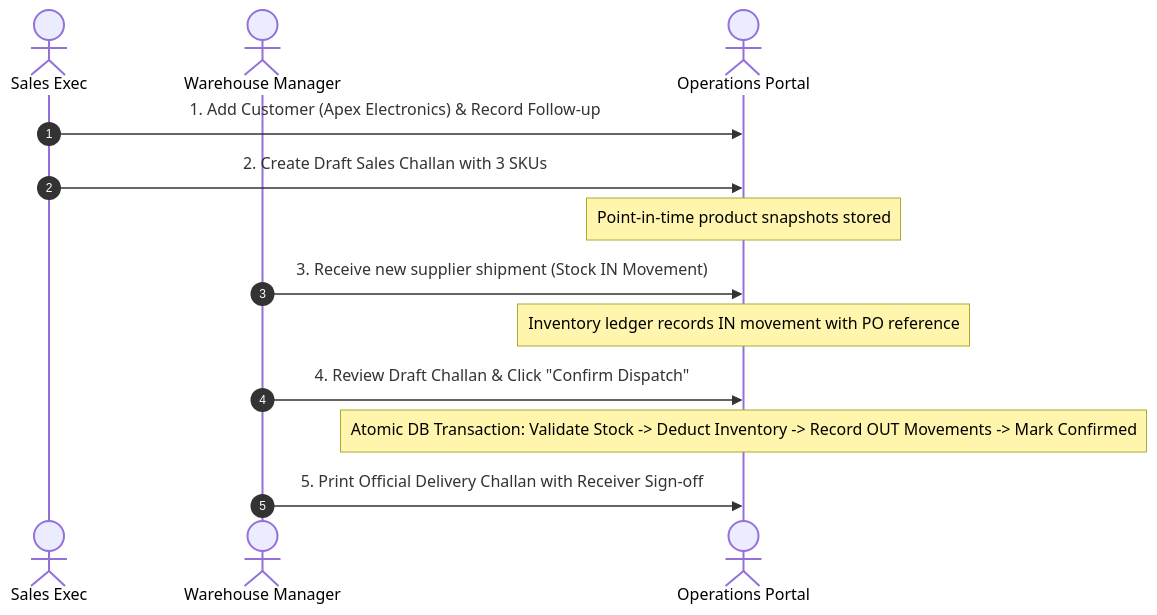
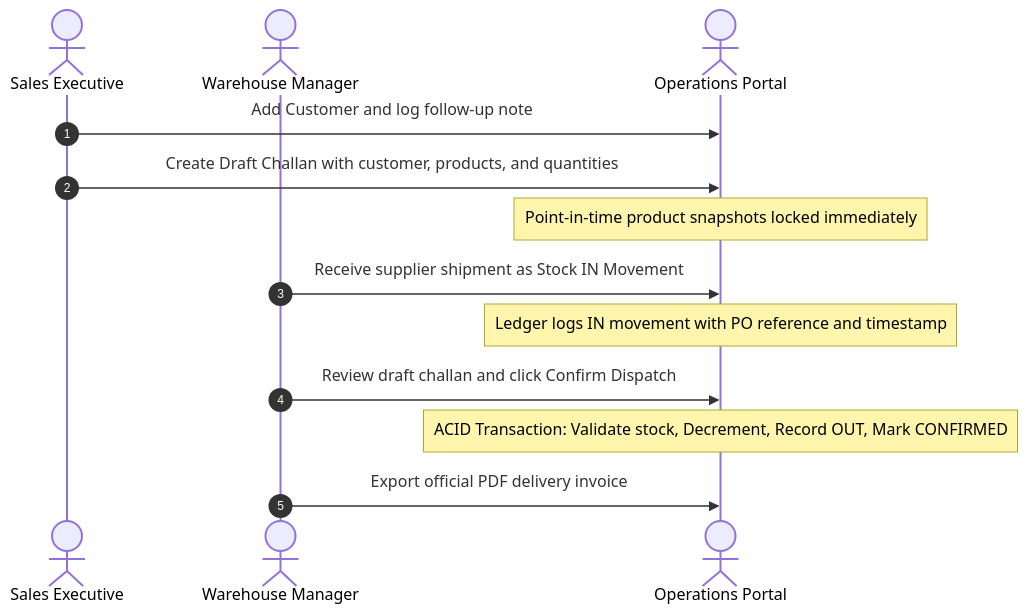
The second of 2 diagrams in README.md (GoondlaBalaji/fundsroom-operations-portal), drawn with Mermaid before and after one commit. The commit also changed other lines of this file, not shown here.

Commit message:
docs: comprehensive README update with live URLs, RBAC matrix, full API reference, AWS S3 docs, testing summary, and deployment guide

````diff
--- a/README.md
+++ b/README.md
@@ -285,16 +202,15 @@
 ```mermaid
 sequenceDiagram
     autonumber
-    actor Sales as Sales Exec
+    actor Sales as Sales Executive
     actor Warehouse as Warehouse Manager
     actor System as Operations Portal
-
-    Sales->>System: 1. Add Customer (Apex Electronics) & Record Follow-up
-    Sales->>System: 2. Create Draft Sales Challan with 3 SKUs
-    Note over System: Point-in-time product snapshots stored
-    Warehouse->>System: 3. Receive new supplier shipment (Stock IN Movement)
-    Note over System: Inventory ledger records IN movement with PO reference
-    Warehouse->>System: 4. Review Draft Challan & Click "Confirm Dispatch"
-    Note over System: Atomic DB Transaction: Validate Stock -> Deduct Inventory -> Record OUT Movements -> Mark Confirmed
-    Warehouse->>System: 5. Print Official Delivery Challan with Receiver Sign-off
+    Sales->>System: Add Customer and log follow-up note
+    Sales->>System: Create Draft Challan with customer, products, and quantities
+    Note over System: Point-in-time product snapshots locked immediately
+    Warehouse->>System: Receive supplier shipment as Stock IN Movement
+    Note over System: Ledger logs IN movement with PO reference and timestamp
+    Warehouse->>System: Review draft challan and click Confirm Dispatch
+    Note over System: ACID Transaction: Validate stock, Decrement, Record OUT, Mark CONFIRMED
+    Warehouse->>System: Export official PDF delivery invoice
 ```
````
